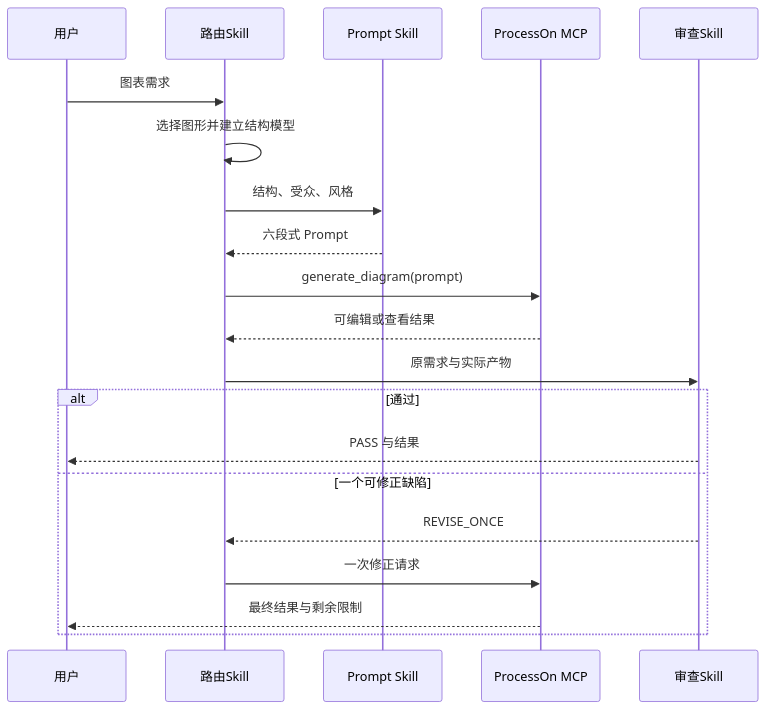
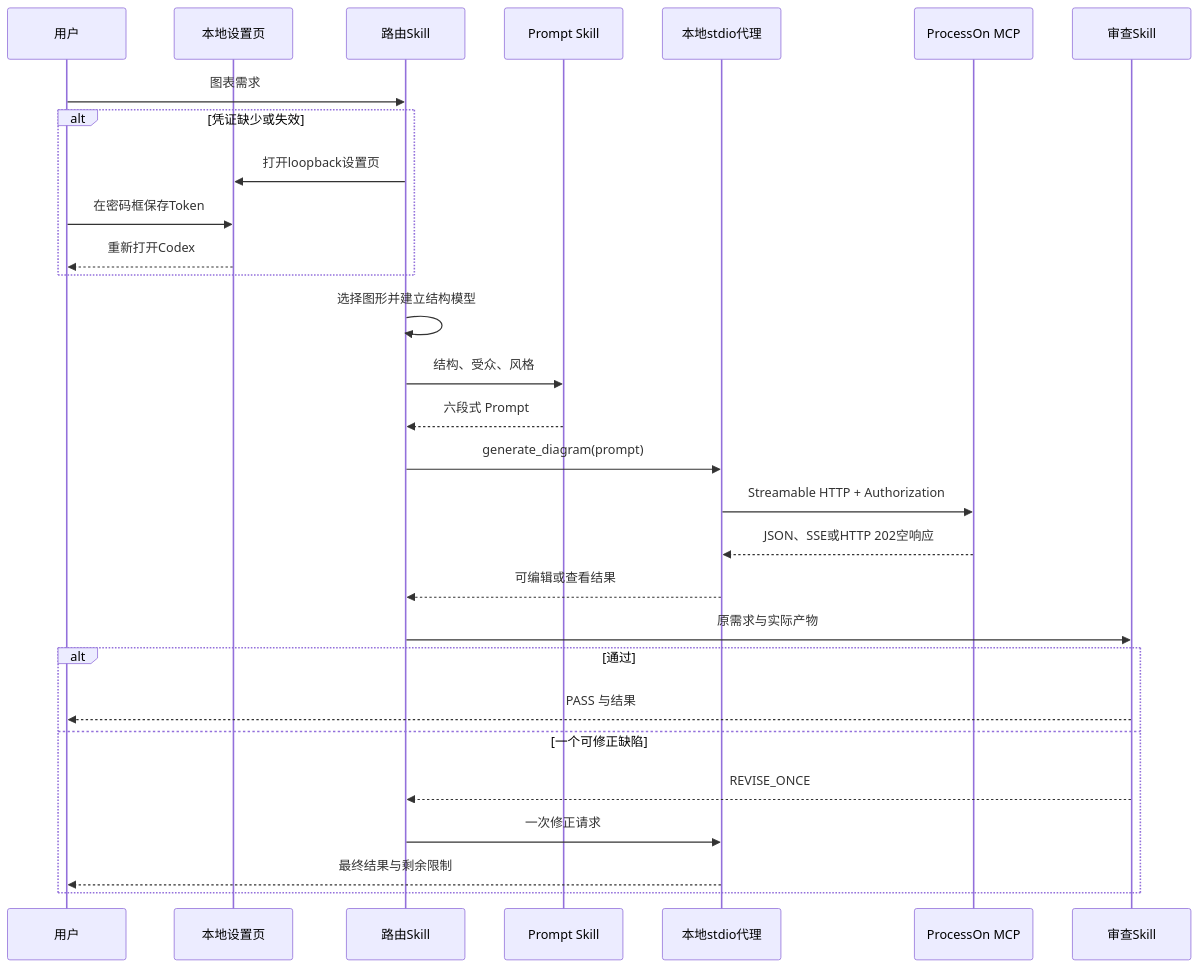
Before and after one commit to full-stack-plugins/partme-processon-plugin: the diagram in docs/Codex-ProcessOn-Plugin-Technical-Solution.zh_CN.md, drawn with Mermaid. The commit also changed other lines of this file and 9 other files, not shown here.

````diff
--- a/docs/Codex-ProcessOn-Plugin-Technical-Solution.zh_CN.md
+++ b/docs/Codex-ProcessOn-Plugin-Technical-Solution.zh_CN.md
@@ -9,22 +9,31 @@
 ```mermaid
 sequenceDiagram
     participant U as 用户
+    participant S as 本地设置页
     participant R as 路由Skill
     participant P as Prompt Skill
+    participant X as 本地stdio代理
     participant M as ProcessOn MCP
     participant Q as 审查Skill
     U->>R: 图表需求
+    alt 凭证缺少或失效
+        R->>S: 打开loopback设置页
+        U->>S: 在密码框保存Token
+        S-->>U: 重新打开Codex
+    end
     R->>R: 选择图形并建立结构模型
     R->>P: 结构、受众、风格
     P-->>R: 六段式 Prompt
-    R->>M: generate_diagram(prompt)
-    M-->>R: 可编辑或查看结果
+    R->>X: generate_diagram(prompt)
+    X->>M: Streamable HTTP + Authorization
+    M-->>X: JSON、SSE或HTTP 202空响应
+    X-->>R: 可编辑或查看结果
     R->>Q: 原需求与实际产物
     alt 通过
         Q-->>U: PASS 与结果
     else 一个可修正缺陷
         Q-->>R: REVISE_ONCE
-        R->>M: 一次修正请求
-        M-->>U: 最终结果与剩余限制
+        R->>X: 一次修正请求
+        X-->>U: 最终结果与剩余限制
     end
 ```
````
